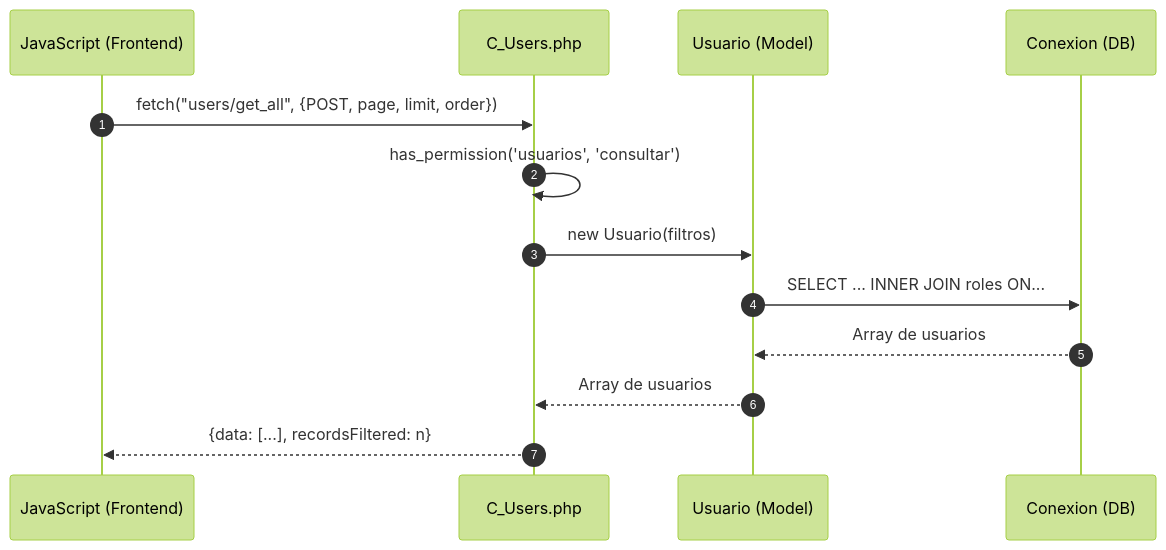
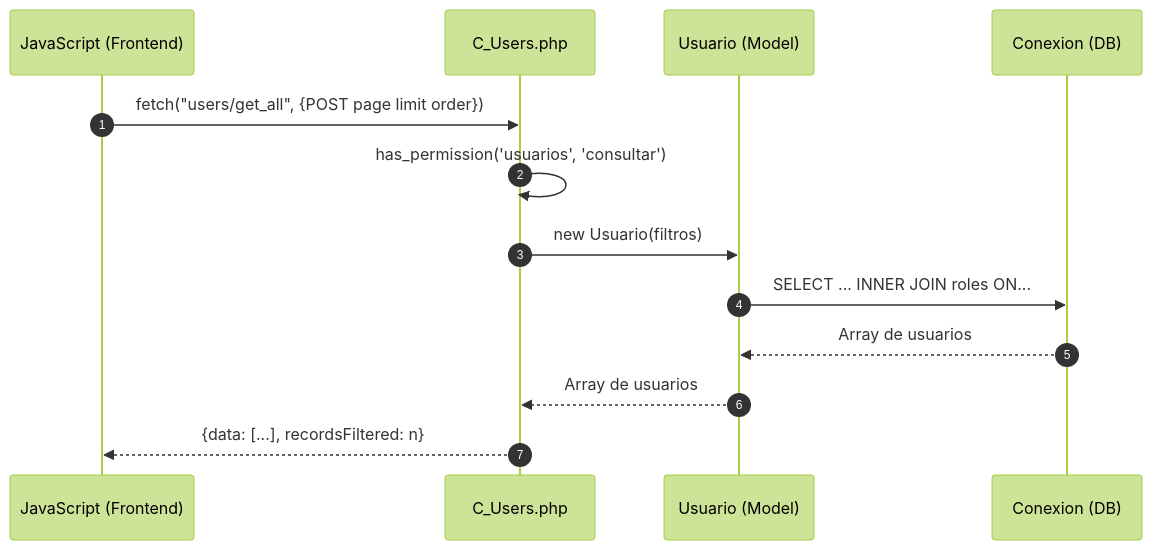
Before and after one commit to Tecrato/BurgerHouse: the second of 6 diagrams in docs/secuencia/usuarios/usuarios.md, drawn with Mermaid (forest theme). The commit also changed other lines of this file and 13 other files, not shown here.

Commit message:
diagramas de secuencia

````diff
--- a/docs/secuencia/usuarios/usuarios.md
+++ b/docs/secuencia/usuarios/usuarios.md
@@ -38,19 +38,19 @@
 ```mermaid
 sequenceDiagram
     autonumber
     participant JS as JavaScript (Frontend)
     participant C_Users as C_Users.php
     participant Usuario as Usuario (Model)
     participant DB as Conexion (DB)
     
-    JS->>C_Users: fetch("users/get_all", {POST, page, limit, order})
+    JS->>C_Users: fetch("users/get_all", {POST page limit order})
     
     C_Users->>C_Users: has_permission('usuarios', 'consultar')
     
     C_Users->>Usuario: new Usuario(filtros)
     Usuario->>DB: SELECT ... INNER JOIN roles ON...
     DB-->>Usuario: Array de usuarios
     Usuario-->>C_Users: Array de usuarios
     
     C_Users-->>JS: {data: [...], recordsFiltered: n}
 ```
````
